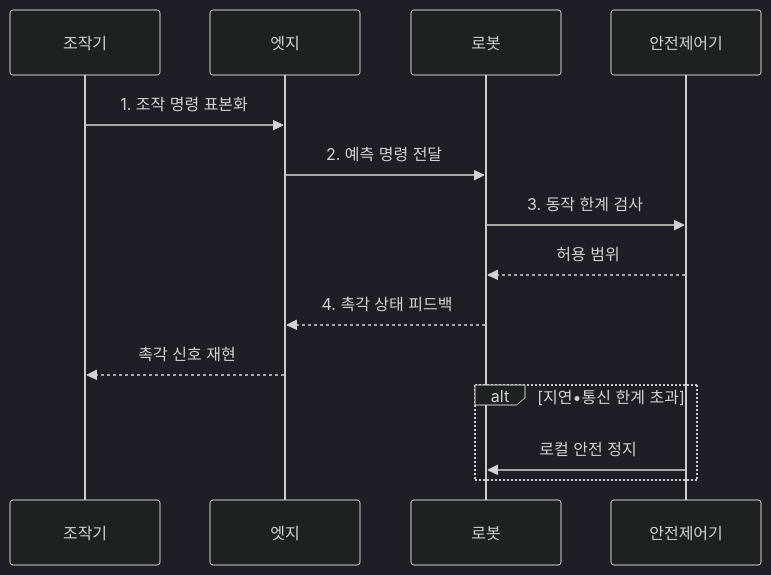
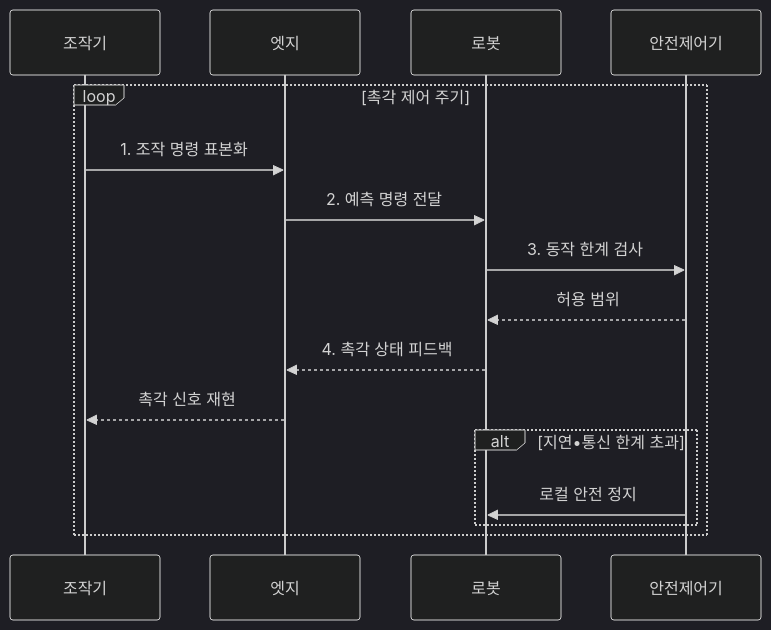
The second of 2 diagrams in src/content/docs/notes/04-network/085_tactile_internet.md (agnusdei1207/knowledge-base), drawn with Mermaid (dark theme) before and after one commit. The commit also changed other lines of this file and 20 other files, not shown here.

````diff
--- a/src/content/docs/notes/04-network/085_tactile_internet.md
+++ b/src/content/docs/notes/04-network/085_tactile_internet.md
@@ -100,16 +100,18 @@
 ```mermaid
 sequenceDiagram
     participant 조작기
     participant 엣지
     participant 로봇
     participant 안전제어기
-    조작기->>엣지: 1. 조작 명령 표본화
-    엣지->>로봇: 2. 예측 명령 전달
-    로봇->>안전제어기: 3. 동작 한계 검사
-    안전제어기-->>로봇: 허용 범위
-    로봇-->>엣지: 4. 촉각 상태 피드백
-    엣지-->>조작기: 촉각 신호 재현
-    alt 지연•통신 한계 초과
-        안전제어기->>로봇: 로컬 안전 정지
+    loop 촉각 제어 주기
+        조작기->>엣지: 1. 조작 명령 표본화
+        엣지->>로봇: 2. 예측 명령 전달
+        로봇->>안전제어기: 3. 동작 한계 검사
+        안전제어기-->>로봇: 허용 범위
+        로봇-->>엣지: 4. 촉각 상태 피드백
+        엣지-->>조작기: 촉각 신호 재현
+        alt 지연•통신 한계 초과
+            안전제어기->>로봇: 로컬 안전 정지
+        end
     end
 ```
````
